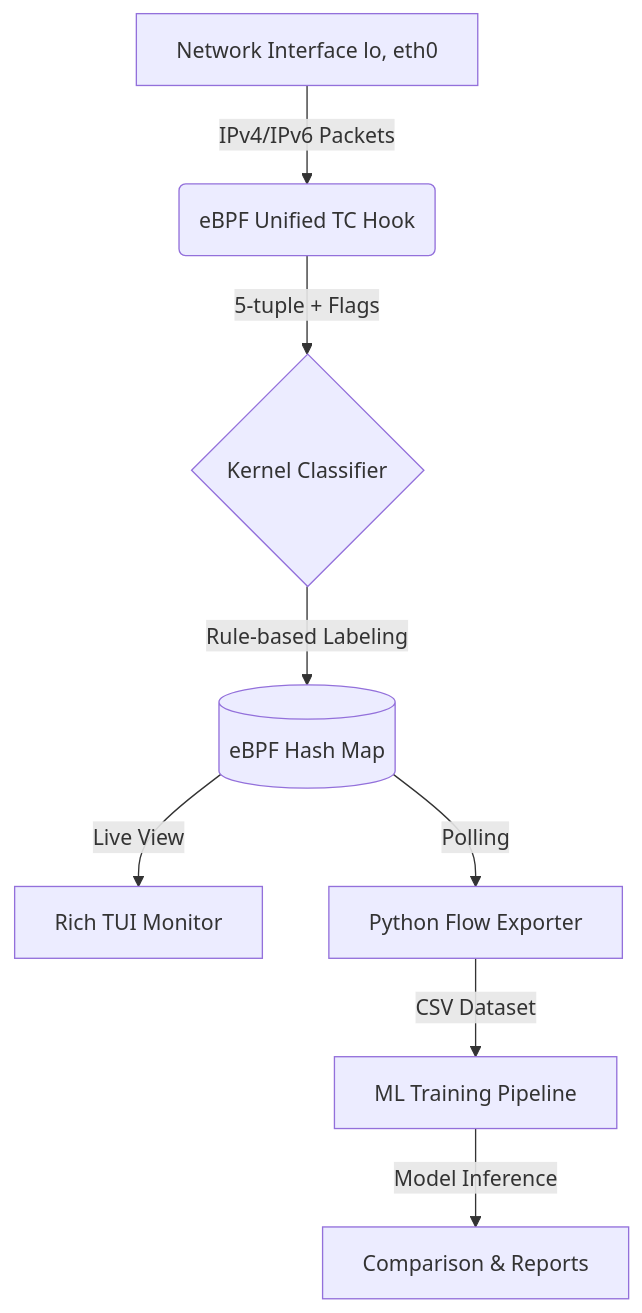
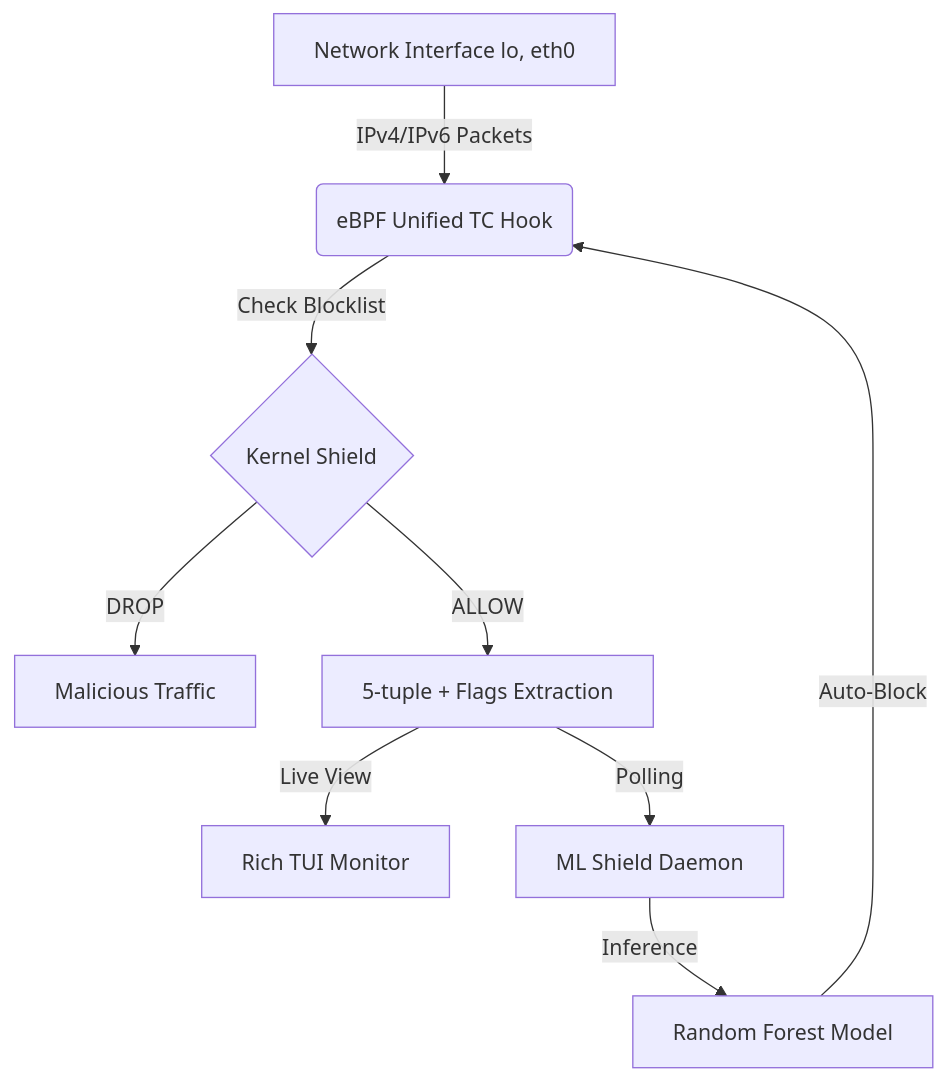
One commit to mamusss/NET4000_TEAM7 changed the diagram in README.md. Above: the diagram before and after it, drawn with Mermaid. The commit also changed other lines of this file and 3 other files, not shown here.

````diff
--- a/README.md
+++ b/README.md
@@ -20,10 +21,11 @@
 ```mermaid
 graph TD
     A[Network Interface lo, eth0] -->|IPv4/IPv6 Packets| B(eBPF Unified TC Hook)
-    B -->|5-tuple + Flags| C{Kernel Classifier}
-    C -->|Rule-based Labeling| D[(eBPF Hash Map)]
-    D -->|Live View| E[Rich TUI Monitor]
-    D -->|Polling| F[Python Flow Exporter]
-    F -->|CSV Dataset| G[ML Training Pipeline]
-    G -->|Model Inference| H[Comparison & Reports]
+    B -->|Check Blocklist| C{Kernel Shield}
+    C -->|DROP| D[Malicious Traffic]
+    C -->|ALLOW| E[5-tuple + Flags Extraction]
+    E -->|Live View| F[Rich TUI Monitor]
+    E -->|Polling| G[ML Shield Daemon]
+    G -->|Inference| H[Random Forest Model]
+    H -->|Auto-Block| B
 ```
````
